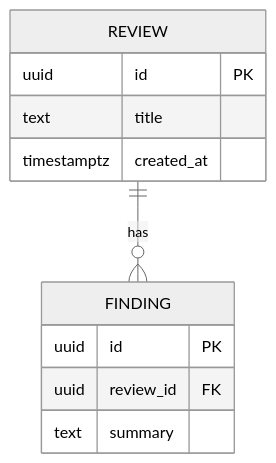
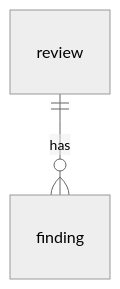
Before and after one commit to freeorbit/freeorbit-workflow: the diagram in templates/data-model.md, drawn with Mermaid (neutral theme). The commit also changed other lines of this file and 28 other files, not shown here.

````diff
--- a/templates/data-model.md
+++ b/templates/data-model.md
@@ -14,14 +31,4 @@
 ```mermaid
 erDiagram
-  REVIEW ||--o{ FINDING : has
-  REVIEW {
-    uuid id PK
-    text title
-    timestamptz created_at
-  }
-  FINDING {
-    uuid id PK
-    uuid review_id FK
-    text summary
-  }
+  review ||--o{ finding : has
 ```
````
